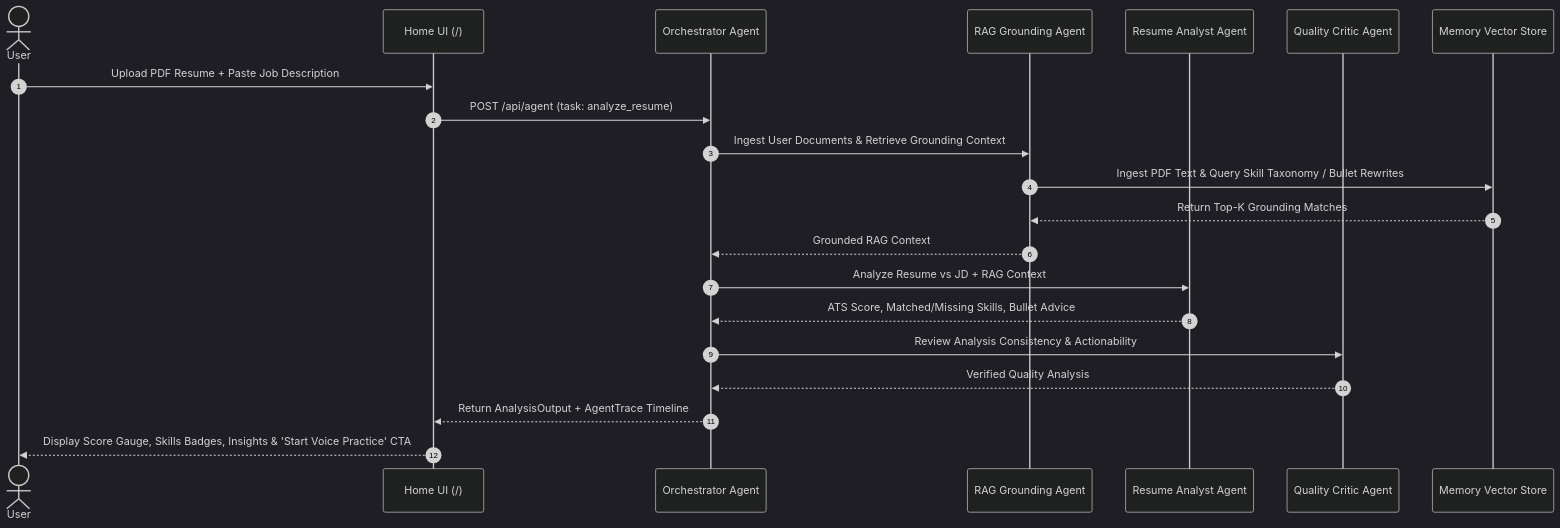
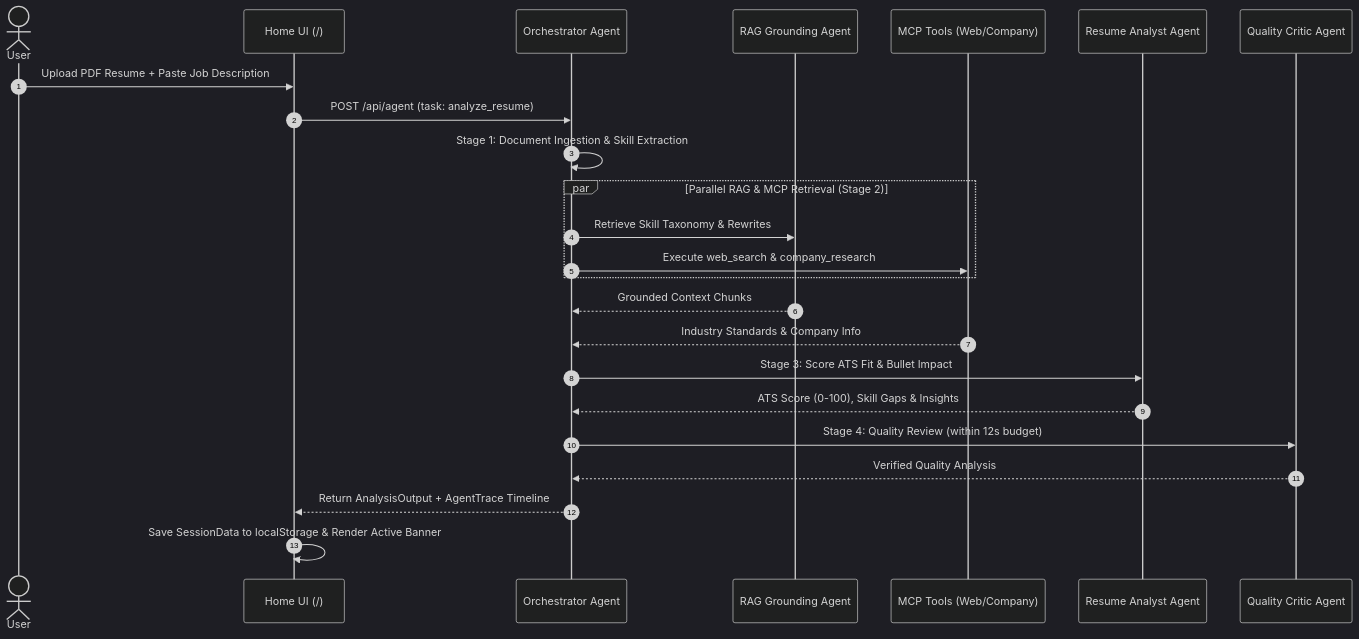
One commit to princeraj27/AI-Resume-Tailor changed the second of 3 diagrams in FLOW.md. Above: the diagram before and after it, drawn with Mermaid (dark theme). The commit also changed other lines of this file, not shown here.

Commit message:
docs: update FLOW.md with architecture, hands-free voice loop, STAR 100-point grading matrix, and dynamic score themes

````diff
--- a/FLOW.md
+++ b/FLOW.md
@@ -62,24 +68,29 @@
 ```mermaid
 sequenceDiagram
     autonumber
     actor User
     participant Page as Home UI (/)
     participant Orchestrator as Orchestrator Agent
     participant RAG as RAG Grounding Agent
+    participant MCP as MCP Tools (Web/Company)
     participant ResumeAgent as Resume Analyst Agent
     participant Critic as Quality Critic Agent
-    participant VectorStore as Memory Vector Store
 
     User->>Page: Upload PDF Resume + Paste Job Description
     Page->>Orchestrator: POST /api/agent (task: analyze_resume)
-    Orchestrator->>RAG: Ingest User Documents & Retrieve Grounding Context
-    RAG->>VectorStore: Ingest PDF Text & Query Skill Taxonomy / Bullet Rewrites
-    VectorStore-->>RAG: Return Top-K Grounding Matches
-    RAG-->>Orchestrator: Grounded RAG Context
-    Orchestrator->>ResumeAgent: Analyze Resume vs JD + RAG Context
-    ResumeAgent-->>Orchestrator: ATS Score, Matched/Missing Skills, Bullet Advice
-    Orchestrator->>Critic: Review Analysis Consistency & Actionability
+    Orchestrator->>Orchestrator: Stage 1: Document Ingestion & Skill Extraction
+    
+    par Parallel RAG & MCP Retrieval (Stage 2)
+        Orchestrator->>RAG: Retrieve Skill Taxonomy & Rewrites
+        Orchestrator->>MCP: Execute web_search & company_research
+    end
+
+    RAG-->>Orchestrator: Grounded Context Chunks
+    MCP-->>Orchestrator: Industry Standards & Company Info
+    Orchestrator->>ResumeAgent: Stage 3: Score ATS Fit & Bullet Impact
+    ResumeAgent-->>Orchestrator: ATS Score (0-100), Skill Gaps & Insights
+    Orchestrator->>Critic: Stage 4: Quality Review (within 12s budget)
     Critic-->>Orchestrator: Verified Quality Analysis
     Orchestrator-->>Page: Return AnalysisOutput + AgentTrace Timeline
-    Page-->>User: Display Score Gauge, Skills Badges, Insights & 'Start Voice Practice' CTA
+    Page->>Page: Save SessionData to localStorage & Render Active Banner
 ```
````
